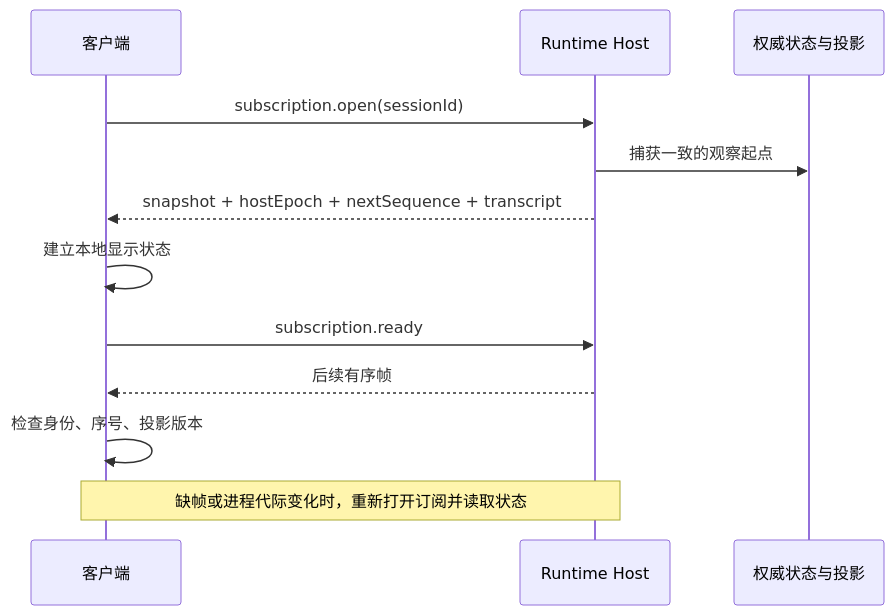
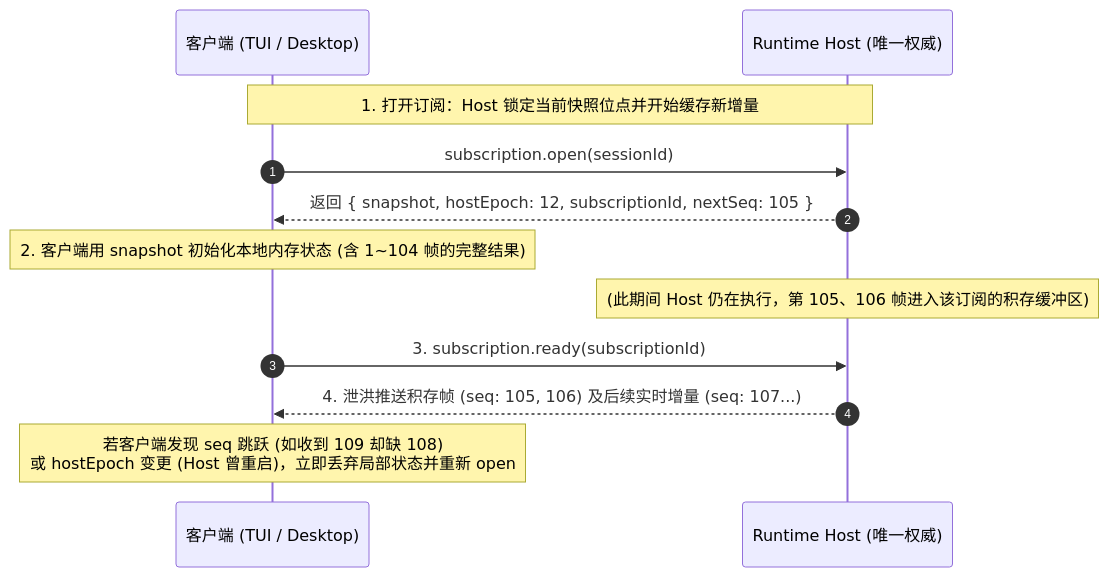
One commit to suger-m/agent-infrastructure-docs changed the second of 2 diagrams in maka-agent-infra/04-state/host-ownership-and-sync.md. Above: the diagram before and after it, drawn with Mermaid. The commit also changed other lines of this file and 26 other files, not shown here.

````diff
--- a/maka-agent-infra/04-state/host-ownership-and-sync.md
+++ b/maka-agent-infra/04-state/host-ownership-and-sync.md
@@ -86,14 +46,18 @@
 ```mermaid
 sequenceDiagram
-    participant C as 客户端
-    participant H as Runtime Host
-    participant S as 权威状态与投影
-    C->>H: subscription.open(sessionId)
-    H->>S: 捕获一致的观察起点
-    H-->>C: snapshot + hostEpoch + nextSequence + transcript
-    C->>C: 建立本地显示状态
-    C->>H: subscription.ready
-    H-->>C: 后续有序帧
-    C->>C: 检查身份、序号、投影版本
-    Note over C,H: 缺帧或进程代际变化时，重新打开订阅并读取状态
+    autonumber
+    participant TUI as 客户端 (TUI / Desktop)
+    participant Host as Runtime Host (唯一权威)
+
+    Note over TUI,Host: 1. 打开订阅：Host 锁定当前快照位点并开始缓存新增量
+    TUI->>Host: subscription.open(sessionId)
+    Host-->>TUI: 返回 { snapshot, hostEpoch: 12, subscriptionId, nextSeq: 105 }
+    
+    Note over TUI: 2. 客户端用 snapshot 初始化本地内存状态 (含 1~104 帧的完整结果)
+    Note over Host: (此期间 Host 仍在执行，第 105、106 帧进入该订阅的积存缓冲区)
+    
+    TUI->>Host: 3. subscription.ready(subscriptionId)
+    Host-->>TUI: 4. 泄洪推送积存帧 (seq: 105, 106) 及后续实时增量 (seq: 107...)
+    
+    Note over TUI: 若客户端发现 seq 跳跃 (如收到 109 却缺 108)<br/>或 hostEpoch 变更 (Host 曾重启)，立即丢弃局部状态并重新 open
 ```
````
